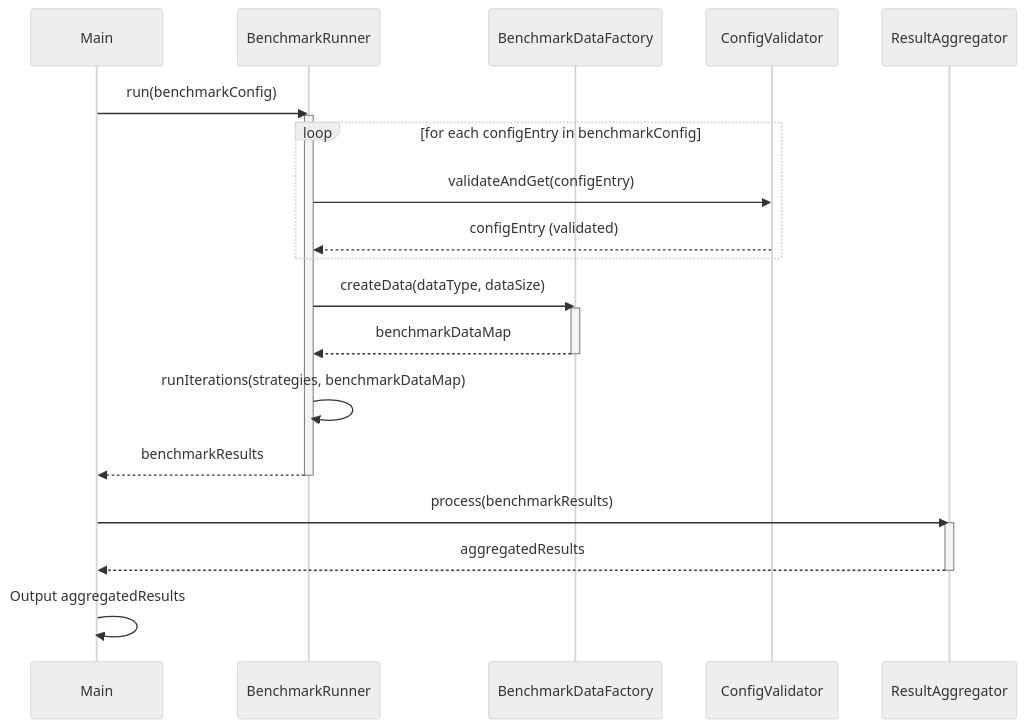
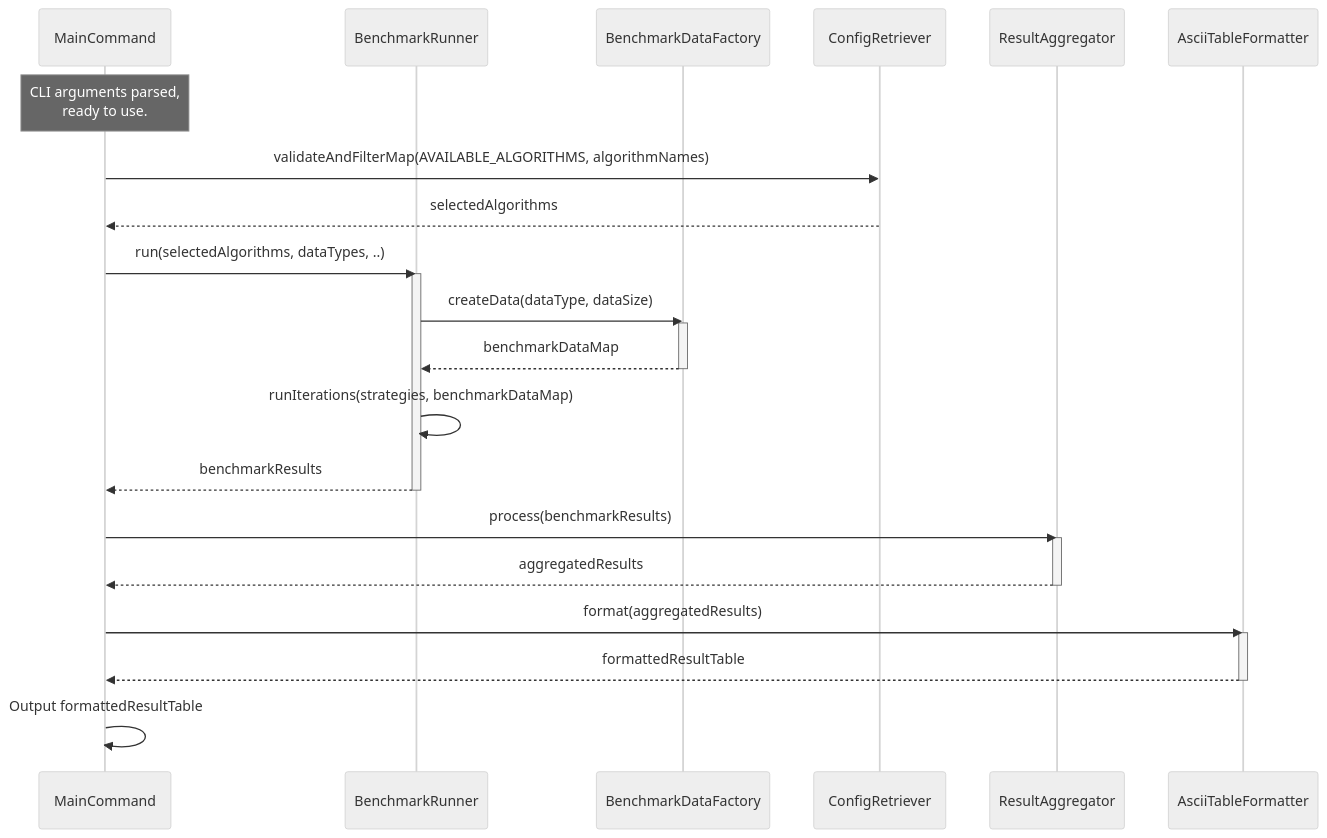
Before and after one commit to rlacher/sort-benchmark-cli: the diagram in docs/uml/sequence-diagram-benchmark-process.mmd, drawn with Mermaid. The commit also changed 5 other files, not shown here.

First line of the commit message:
docs: Update UML diagrams in README to reflect codebase changes

```diff
--- a/docs/uml/sequence-diagram-benchmark-process.mmd
+++ b/docs/uml/sequence-diagram-benchmark-process.mmd
@@ -1,27 +1,30 @@
 %%{init: {'theme':'neutral'}}%%
 sequenceDiagram
-    participant Main
+    participant MainCommand
     participant BenchmarkRunner
     participant BenchmarkDataFactory
-    participant ConfigValidator
+    participant ConfigRetriever
     participant ResultAggregator
+    participant AsciiTableFormatter
 
-    Main->>BenchmarkRunner: run(benchmarkConfig)
+    note over MainCommand: CLI arguments parsed,<br/>ready to use.
+    MainCommand->>ConfigRetriever: validateAndFilterMap(AVAILABLE_ALGORITHMS, algorithmNames)
+    ConfigRetriever-->>MainCommand: selectedAlgorithms
+    MainCommand->>BenchmarkRunner: run(selectedAlgorithms, dataTypes, ..)
     activate BenchmarkRunner
-    loop for each configEntry in benchmarkConfig
-        BenchmarkRunner->>ConfigValidator: validateAndGet(configEntry)
-        ConfigValidator-->>BenchmarkRunner: configEntry (validated)
-    end
     BenchmarkRunner->>BenchmarkDataFactory: createData(dataType, dataSize)
     activate BenchmarkDataFactory
     BenchmarkDataFactory-->>BenchmarkRunner: benchmarkDataMap
     deactivate BenchmarkDataFactory
     BenchmarkRunner->>BenchmarkRunner: runIterations(strategies, benchmarkDataMap)
-    BenchmarkRunner-->>Main: benchmarkResults
+    BenchmarkRunner-->>MainCommand: benchmarkResults
     deactivate BenchmarkRunner
-    Main->>ResultAggregator: process(benchmarkResults)
+    MainCommand->>ResultAggregator: process(benchmarkResults)
     activate ResultAggregator
-    ResultAggregator-->>Main: aggregatedResults
+    ResultAggregator-->>MainCommand: aggregatedResults
     deactivate ResultAggregator
-
-    Main->>Main: Output aggregatedResults
+    MainCommand->>AsciiTableFormatter: format(aggregatedResults)
+    activate AsciiTableFormatter
+    AsciiTableFormatter-->>MainCommand: formattedResultTable
+    deactivate AsciiTableFormatter
+    MainCommand->>MainCommand: Output formattedResultTable
```
